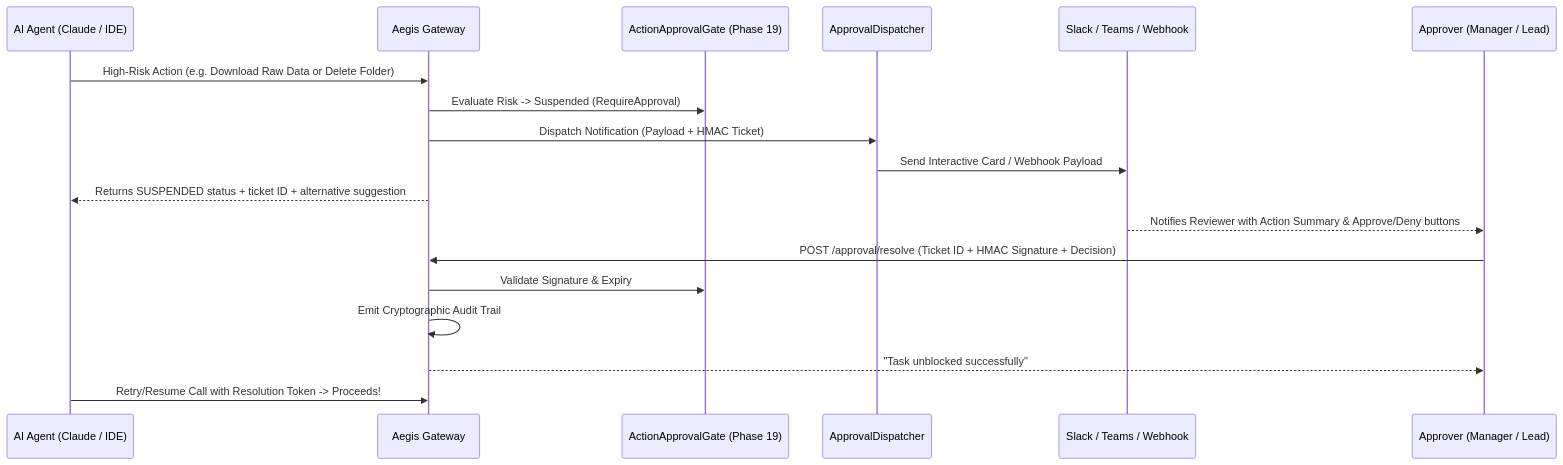
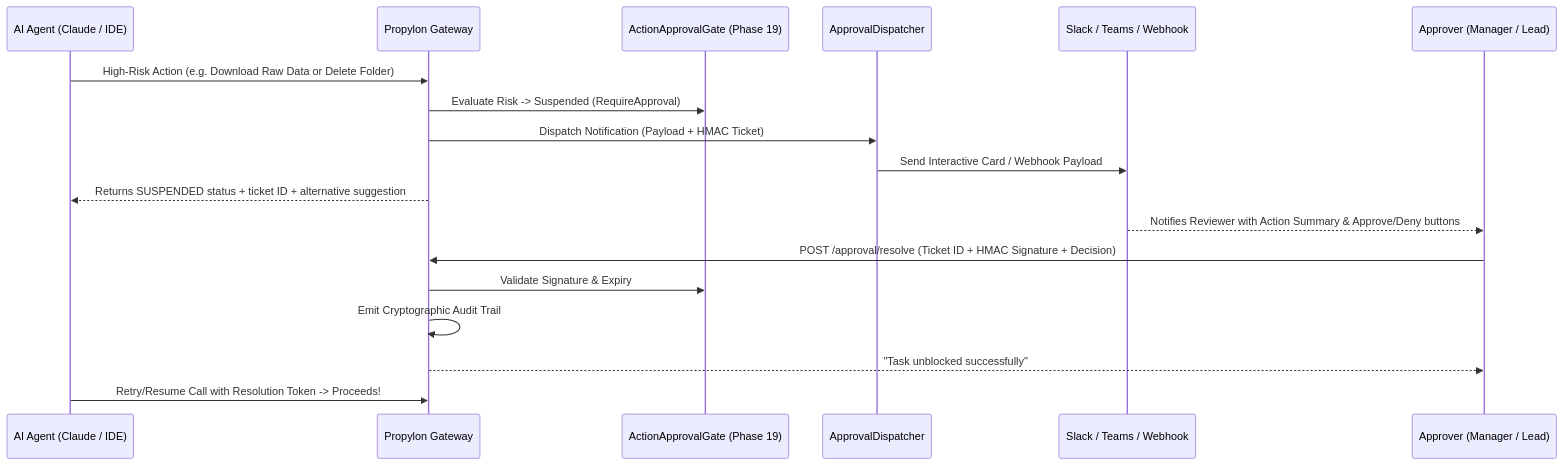
Before and after one commit to ihkaru/aegis-gateway: the diagram in docs/roadmap/23_PHASE_23_PLUGGABLE_MULTI_CHANNEL_APPROVAL_DISPATCHER_AND_DURABLE_RESUME.md, drawn with Mermaid. The commit also changed other lines of this file and 253 other files, not shown here.

Commit message:
chore(rebrand): rename project from aegis to propylon across entire codebase

````diff
--- a/docs/roadmap/23_PHASE_23_PLUGGABLE_MULTI_CHANNEL_APPROVAL_DISPATCHER_AND_DURABLE_RESUME.md
+++ b/docs/roadmap/23_PHASE_23_PLUGGABLE_MULTI_CHANNEL_APPROVAL_DISPATCHER_AND_DURABLE_RESUME.md
@@ -23,21 +23,21 @@
 ```mermaid
 sequenceDiagram
     participant Agent as AI Agent (Claude / IDE)
-    participant GW as Aegis Gateway
+    participant GW as Propylon Gateway
     participant Gate as ActionApprovalGate (Phase 19)
     participant Dispatcher as ApprovalDispatcher
     participant Channel as Slack / Teams / Webhook
     participant Human as Approver (Manager / Lead)
 
     Agent->>GW: High-Risk Action (e.g. Download Raw Data or Delete Folder)
     GW->>Gate: Evaluate Risk -> Suspended (RequireApproval)
     GW->>Dispatcher: Dispatch Notification (Payload + HMAC Ticket)
     Dispatcher->>Channel: Send Interactive Card / Webhook Payload
     GW-->>Agent: Returns SUSPENDED status + ticket ID + alternative suggestion
     Channel-->>Human: Notifies Reviewer with Action Summary & Approve/Deny buttons
     Human->>GW: POST /approval/resolve (Ticket ID + HMAC Signature + Decision)
     GW->>Gate: Validate Signature & Expiry
     GW->>GW: Emit Cryptographic Audit Trail
     GW-->>Human: "Task unblocked successfully"
     Agent->>GW: Retry/Resume Call with Resolution Token -> Proceeds!
 ```
````
